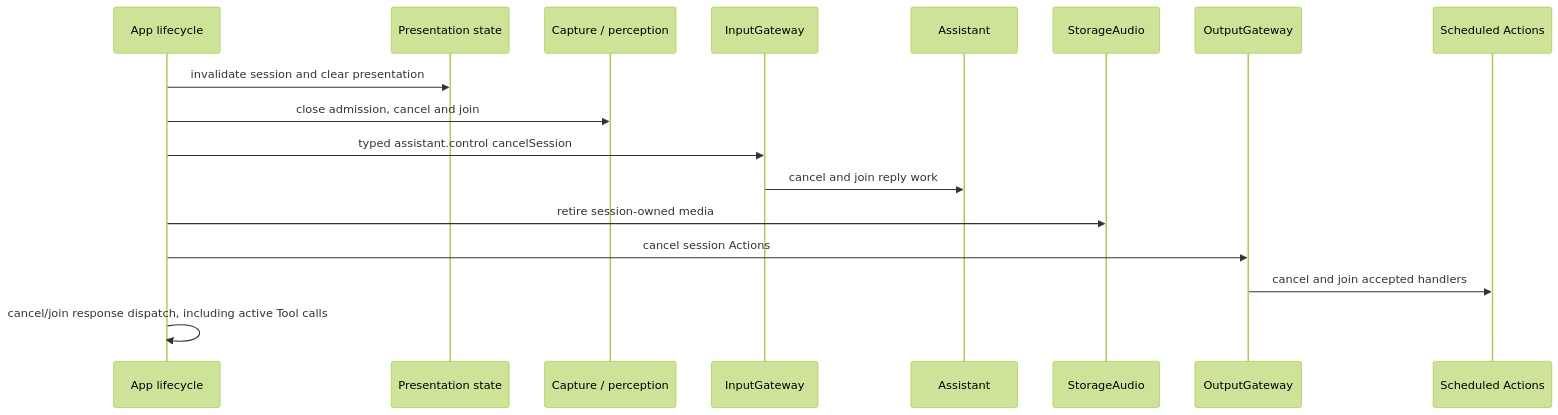
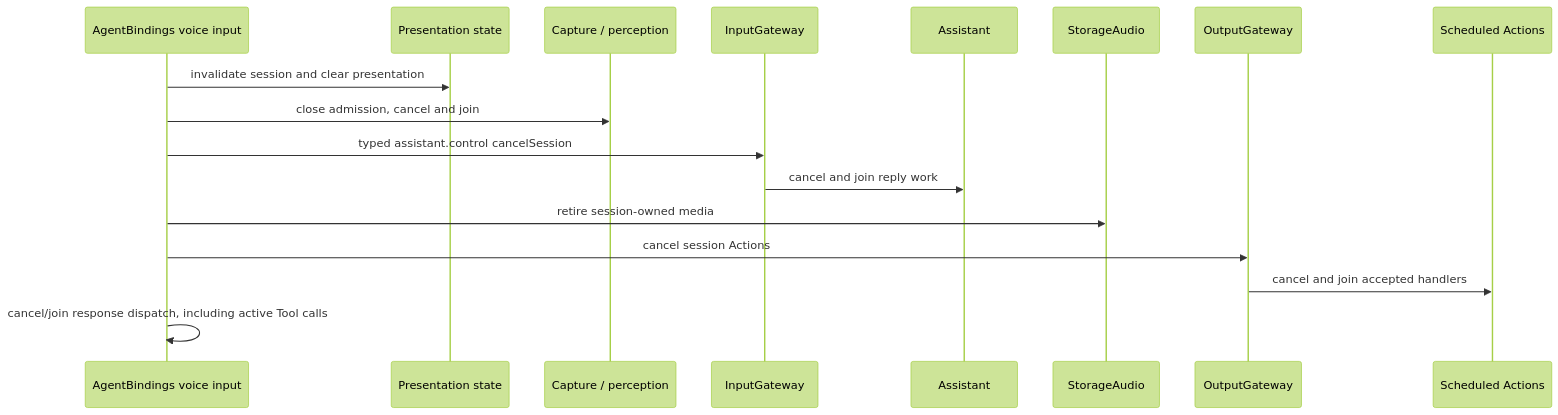
One commit to devilyouwei/MobileHarness changed diagram 16 of 32 in MobileHarness/README.md. Above: the diagram before and after it, drawn with Mermaid (forest theme). The commit also changed other lines of this file and 254 other files, not shown here.

First line of the commit message:
refactor: isolate app composition and module bindings

````diff
--- a/MobileHarness/README.md
+++ b/MobileHarness/README.md
@@ -818,19 +782,19 @@
 ```mermaid
 sequenceDiagram
-    participant App as App lifecycle
+    participant App as AgentBindings voice input
     participant UI as Presentation state
     participant Producers as Capture / perception
     participant Input as InputGateway
     participant Assistant
     participant Audio as StorageAudio
     participant Output as OutputGateway
     participant Actions as Scheduled Actions
     App->>UI: invalidate session and clear presentation
     App->>Producers: close admission, cancel and join
     App->>Input: typed assistant.control cancelSession
     Input->>Assistant: cancel and join reply work
     App->>Audio: retire session-owned media
     App->>Output: cancel session Actions
     Output->>Actions: cancel and join accepted handlers
     App->>App: cancel/join response dispatch, including active Tool calls
 ```
````
